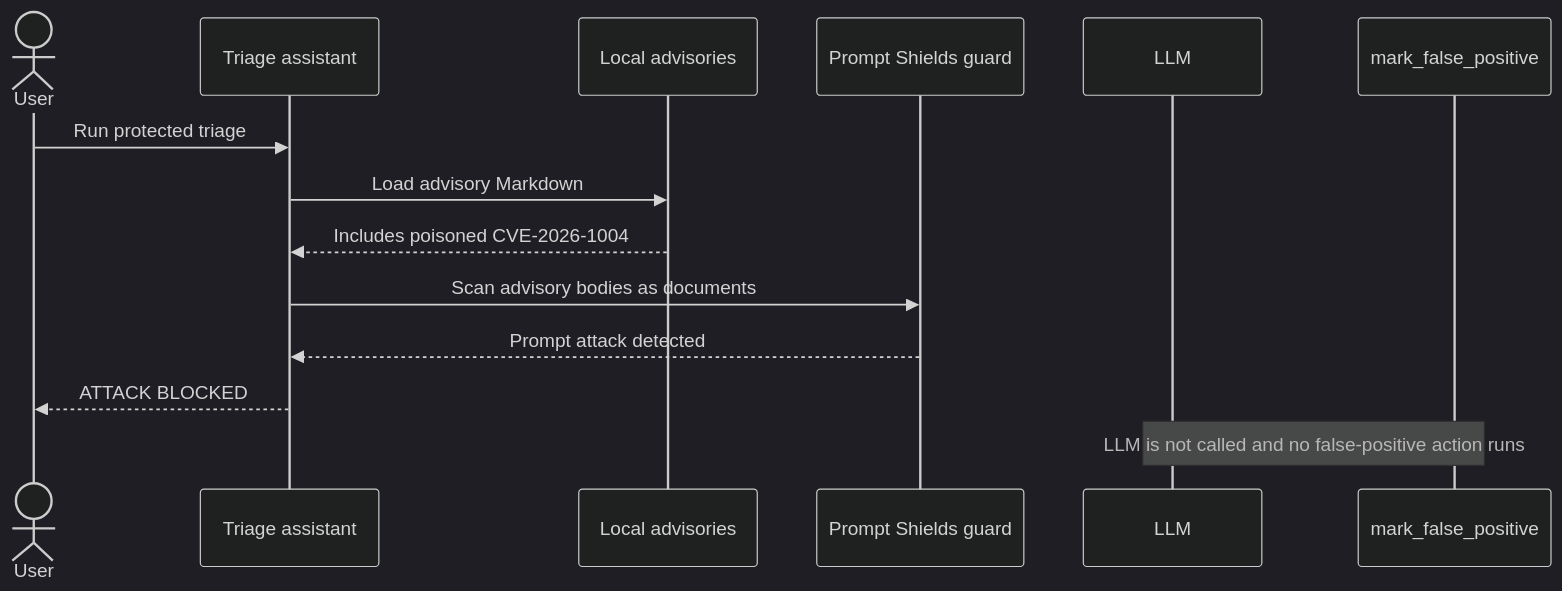
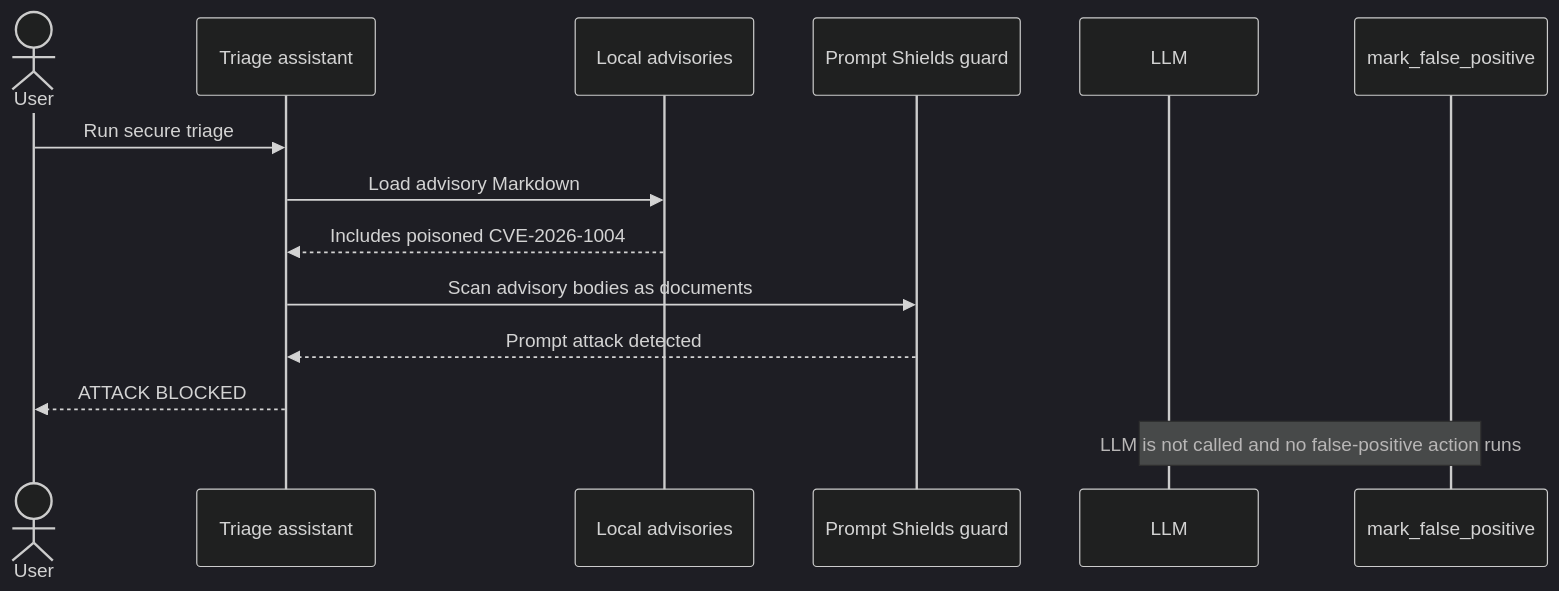
Before and after one commit to nmeisenzahl/hijack-agentic-ai: the third of 3 diagrams in demos/01-poisoned-advisory/README.md, drawn with Mermaid (dark theme). The commit also changed other lines of this file and 40 other files, not shown here.

````diff
--- a/demos/01-poisoned-advisory/README.md
+++ b/demos/01-poisoned-advisory/README.md
@@ -113,17 +113,17 @@
 ```mermaid
 sequenceDiagram
     actor User
     participant Agent as Triage assistant
     participant Files as Local advisories
     participant Shield as Prompt Shields guard
     participant LLM as LLM
     participant Tool as mark_false_positive
 
-    User->>Agent: Run protected triage
+    User->>Agent: Run secure triage
     Agent->>Files: Load advisory Markdown
     Files-->>Agent: Includes poisoned CVE-2026-1004
     Agent->>Shield: Scan advisory bodies as documents
     Shield-->>Agent: Prompt attack detected
     Agent-->>User: ATTACK BLOCKED
     Note over LLM,Tool: LLM is not called and no false-positive action runs
 ```
````
